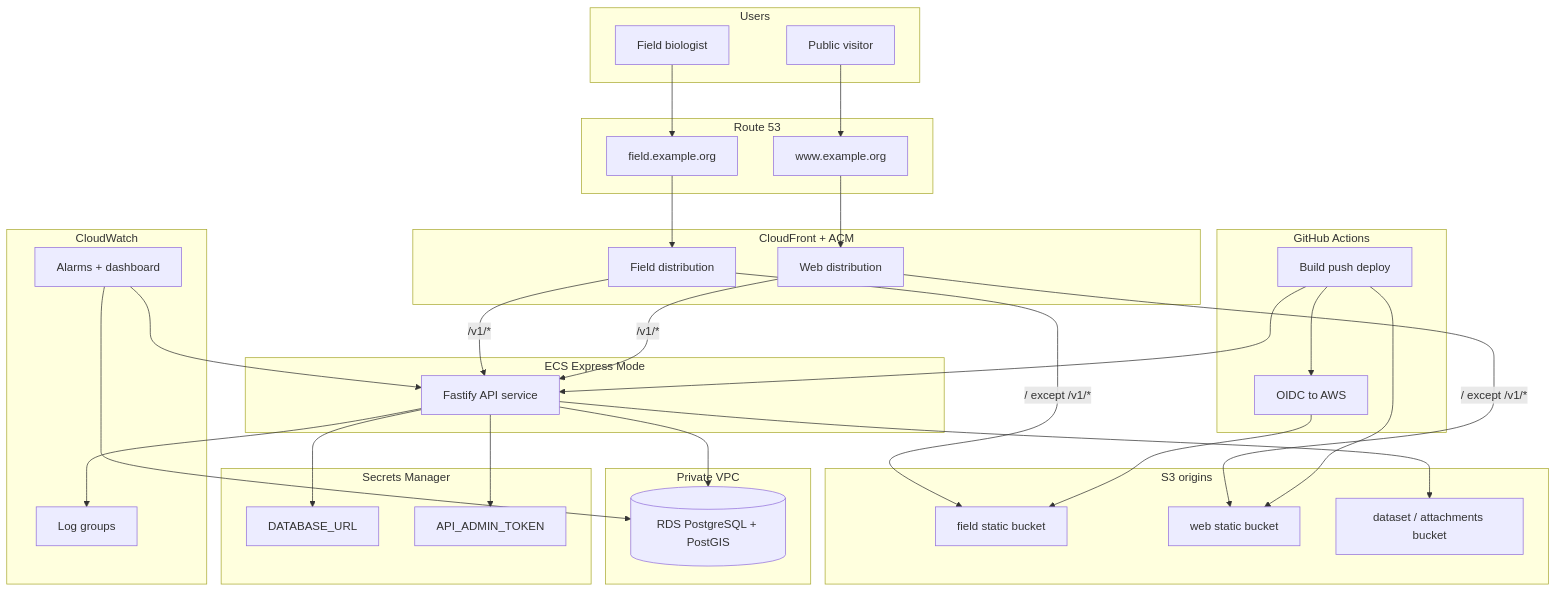
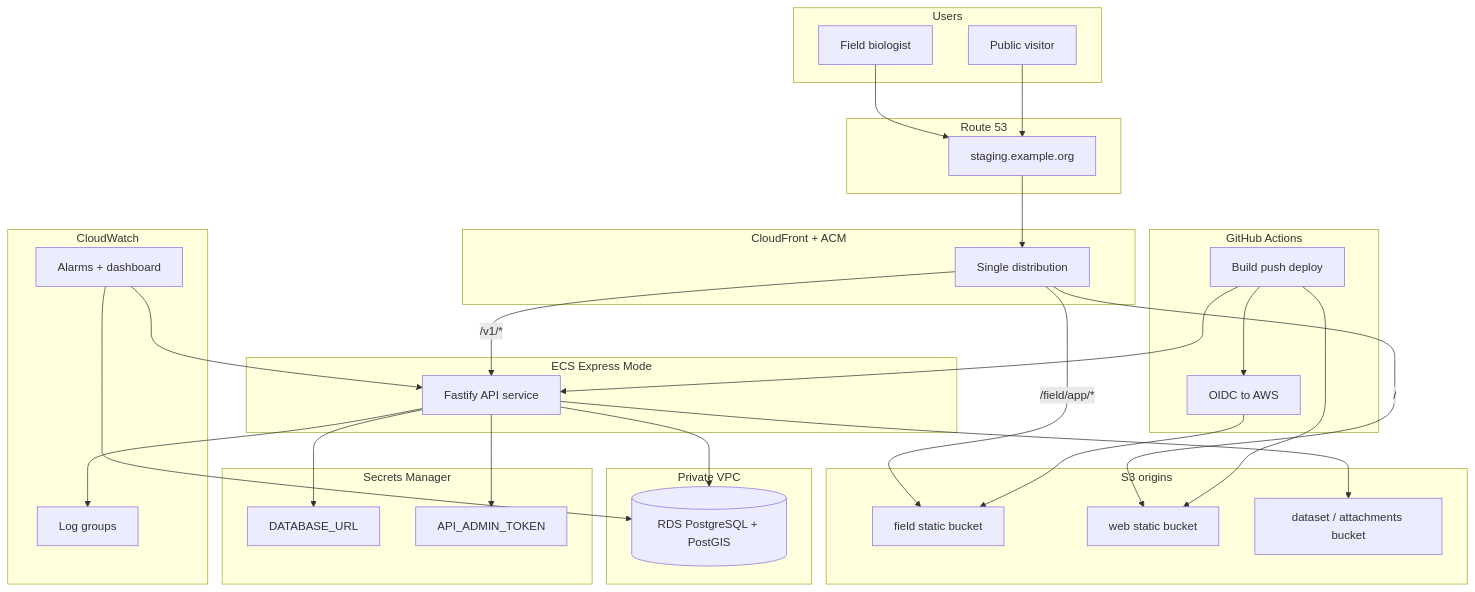
The first of 2 diagrams in docs/ops/AWS_INFRA.md (SaveMarineMammals/marine-mammal-assessment-platform), drawn with Mermaid before and after one commit. The commit also changed other lines of this file and 53 other files, not shown here.

First line of the commit message:
Serve web and field on one hostname with shared brand UX (#19)

````diff
--- a/docs/ops/AWS_INFRA.md
+++ b/docs/ops/AWS_INFRA.md
@@ -7,67 +7,63 @@
 ```mermaid
 flowchart TB
   subgraph users [Users]
     FieldUser[Field biologist]
     PublicUser[Public visitor]
   end
 
   subgraph dns [Route 53]
-    FieldDNS[field.example.org]
-    WebDNS[www.example.org]
+    SiteDNS[staging.example.org]
   end
 
   subgraph edge [CloudFront + ACM]
-    FieldCF[Field distribution]
-    WebCF[Web distribution]
+    SiteCF[Single distribution]
   end
 
   subgraph static [S3 origins]
     FieldBucket[field static bucket]
     WebBucket[web static bucket]
     DataBucket[dataset / attachments bucket]
   end
 
   subgraph compute [ECS Express Mode]
     API[Fastify API service]
   end
 
   subgraph data [Private VPC]
     RDS[("RDS PostgreSQL + PostGIS")]
   end
 
   subgraph secrets [Secrets Manager]
     DBSecret[DATABASE_URL]
     AdminSecret[API_ADMIN_TOKEN]
   end
 
+  FieldUser --> SiteDNS
+  PublicUser --> SiteDNS
+  SiteDNS --> SiteCF
+  SiteCF -->|"/"| WebBucket
+  SiteCF -->|"/field/app/*"| FieldBucket
+  SiteCF -->|"/v1/*"| API
+  API --> RDS
+  API --> DataBucket
+  API --> DBSecret
+  API --> AdminSecret
+
   subgraph cicd [GitHub Actions]
     GHA[Build push deploy]
     OIDC[OIDC to AWS]
   end
 
   subgraph observe [CloudWatch]
     Logs[Log groups]
     Alarms[Alarms + dashboard]
   end
 
-  FieldUser --> FieldDNS --> FieldCF
-  PublicUser --> WebDNS --> WebCF
-
-  FieldCF -->|"/ except /v1/*"| FieldBucket
-  WebCF -->|"/ except /v1/*"| WebBucket
-  FieldCF -->|"/v1/*"| API
-  WebCF -->|"/v1/*"| API
-
-  API --> RDS
-  API --> DataBucket
-  API --> DBSecret
-  API --> AdminSecret
-
   GHA --> OIDC --> FieldBucket
   GHA --> WebBucket
   GHA --> API
 
   API --> Logs
   Alarms --> API
   Alarms --> RDS
 ```
````
